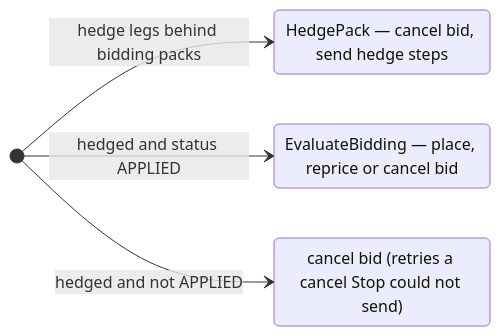
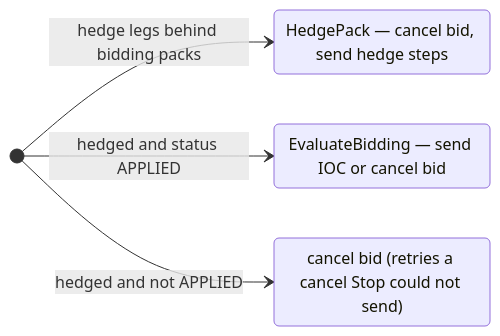
Before and after one commit to kingofknights/ConvexStrategy: the third of 3 diagrams in project_flow_documentation.md, drawn with Mermaid. The commit also changed other lines of this file and 8 other files, not shown here.

````diff
--- a/project_flow_documentation.md
+++ b/project_flow_documentation.md
@@ -109,10 +109,10 @@
 ```mermaid
 stateDiagram-v2
     direction LR
     [*] --> Unhedged: hedge legs behind bidding packs
     [*] --> Applied: hedged and status APPLIED
     [*] --> Idle: hedged and not APPLIED
     Unhedged: HedgePack — cancel bid, send hedge steps
-    Applied: EvaluateBidding — place, reprice or cancel bid
+    Applied: EvaluateBidding — send IOC or cancel bid
     Idle: cancel bid (retries a cancel Stop could not send)
 ```
````
